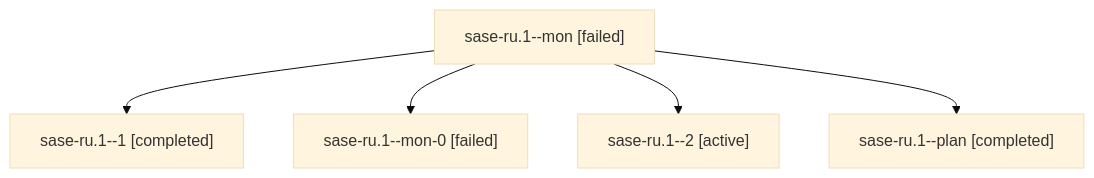
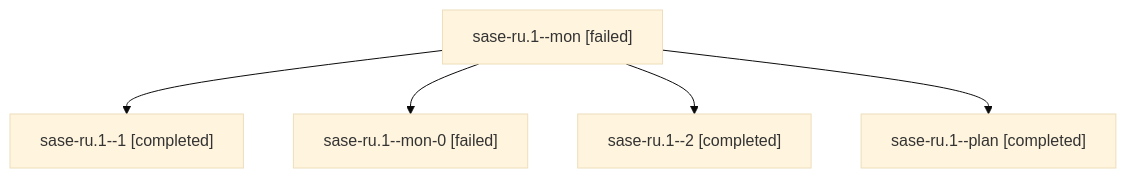
One commit to sase-org/sase--agents changed the diagram in families/bbugyi200.athena.sase-ru.1.md. Above: the diagram before and after it, drawn with Mermaid (base theme). The commit also changed other lines of this file and 59 other files, not shown here.

````diff
--- a/families/bbugyi200.athena.sase-ru.1.md
+++ b/families/bbugyi200.athena.sase-ru.1.md
@@ -9,12 +9,12 @@
 ```mermaid
 flowchart TD
   n0["sase-ru.1--mon [failed]"]
   n1["sase-ru.1--1 [completed]"]
   n0 --> n1
   n2["sase-ru.1--mon-0 [failed]"]
   n0 --> n2
-  n3["sase-ru.1--2 [active]"]
+  n3["sase-ru.1--2 [completed]"]
   n0 --> n3
   n4["sase-ru.1--plan [completed]"]
   n0 --> n4
 ```
````
